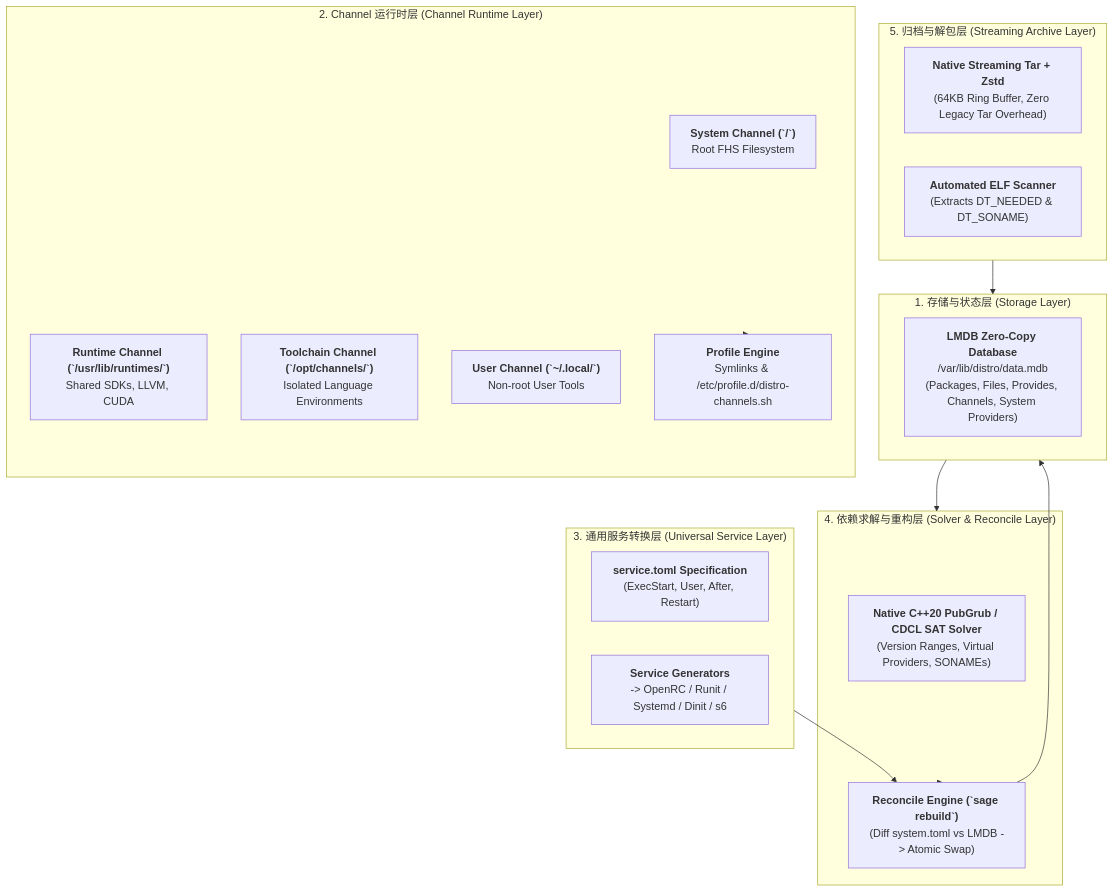
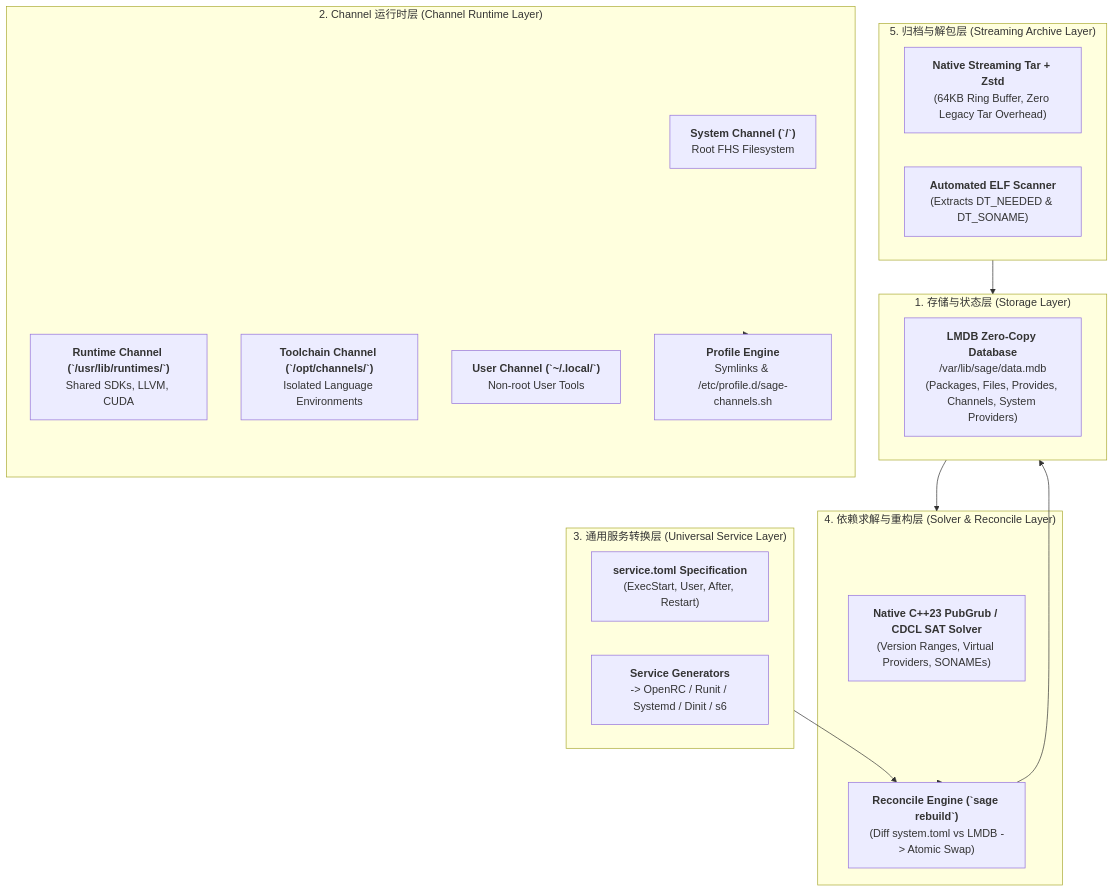
The diagram in docs/ARCHITECTURE.md (antinomie1/sage), drawn with Mermaid before and after one commit. The commit also changed other lines of this file and 6 other files, not shown here.

Commit message:
refactor(config): standardize system paths to /var/lib/sage, /var/cache/sage, and /etc/sage

````diff
--- a/docs/ARCHITECTURE.md
+++ b/docs/ARCHITECTURE.md
@@ -13,36 +13,36 @@
 ```mermaid
 graph TB
     subgraph StorageLayer["1. 存储与状态层 (Storage Layer)"]
-        LMDB["<b>LMDB Zero-Copy Database</b><br/>/var/lib/distro/data.mdb<br/>(Packages, Files, Provides, Channels, System Providers)"]
+        LMDB["<b>LMDB Zero-Copy Database</b><br/>/var/lib/sage/data.mdb<br/>(Packages, Files, Provides, Channels, System Providers)"]
     end
 
     subgraph ChannelLayer["2. Channel 运行时层 (Channel Runtime Layer)"]
         SysChannel["<b>System Channel (`/`)</b><br/>Root FHS Filesystem"]
         RuntimeChannel["<b>Runtime Channel (`/usr/lib/runtimes/`)</b><br/>Shared SDKs, LLVM, CUDA"]
         ToolchainChannel["<b>Toolchain Channel (`/opt/channels/`)</b><br/>Isolated Language Environments"]
         UserChannel["<b>User Channel (`~/.local/`)</b><br/>Non-root User Tools"]
-        ProfileEngine["<b>Profile Engine</b><br/>Symlinks & /etc/profile.d/distro-channels.sh"]
+        ProfileEngine["<b>Profile Engine</b><br/>Symlinks & /etc/profile.d/sage-channels.sh"]
     end
 
     subgraph ServiceLayer["3. 通用服务转换层 (Universal Service Layer)"]
         ServiceDef["<b>service.toml Specification</b><br/>(ExecStart, User, After, Restart)"]
         Generators["<b>Service Generators</b><br/>-> OpenRC / Runit / Systemd / Dinit / s6"]
     end
 
     subgraph SolverLayer["4. 依赖求解与重构层 (Solver & Reconcile Layer)"]
-        PubGrub["<b>Native C++20 PubGrub / CDCL SAT Solver</b><br/>(Version Ranges, Virtual Providers, SONAMEs)"]
+        PubGrub["<b>Native C++23 PubGrub / CDCL SAT Solver</b><br/>(Version Ranges, Virtual Providers, SONAMEs)"]
         RebuildEngine["<b>Reconcile Engine (`sage rebuild`)</b><br/>(Diff system.toml vs LMDB -> Atomic Swap)"]
     end
 
     subgraph ArchiveLayer["5. 归档与解包层 (Streaming Archive Layer)"]
         Archive["<b>Native Streaming Tar + Zstd</b><br/>(64KB Ring Buffer, Zero Legacy Tar Overhead)"]
         ELFScanner["<b>Automated ELF Scanner</b><br/>(Extracts DT_NEEDED & DT_SONAME)"]
     end
 
     StorageLayer --> SolverLayer
     ChannelLayer --> ProfileEngine
     ServiceLayer --> RebuildEngine
     SolverLayer --> RebuildEngine
     ArchiveLayer --> StorageLayer
     RebuildEngine --> StorageLayer
 ```
````
